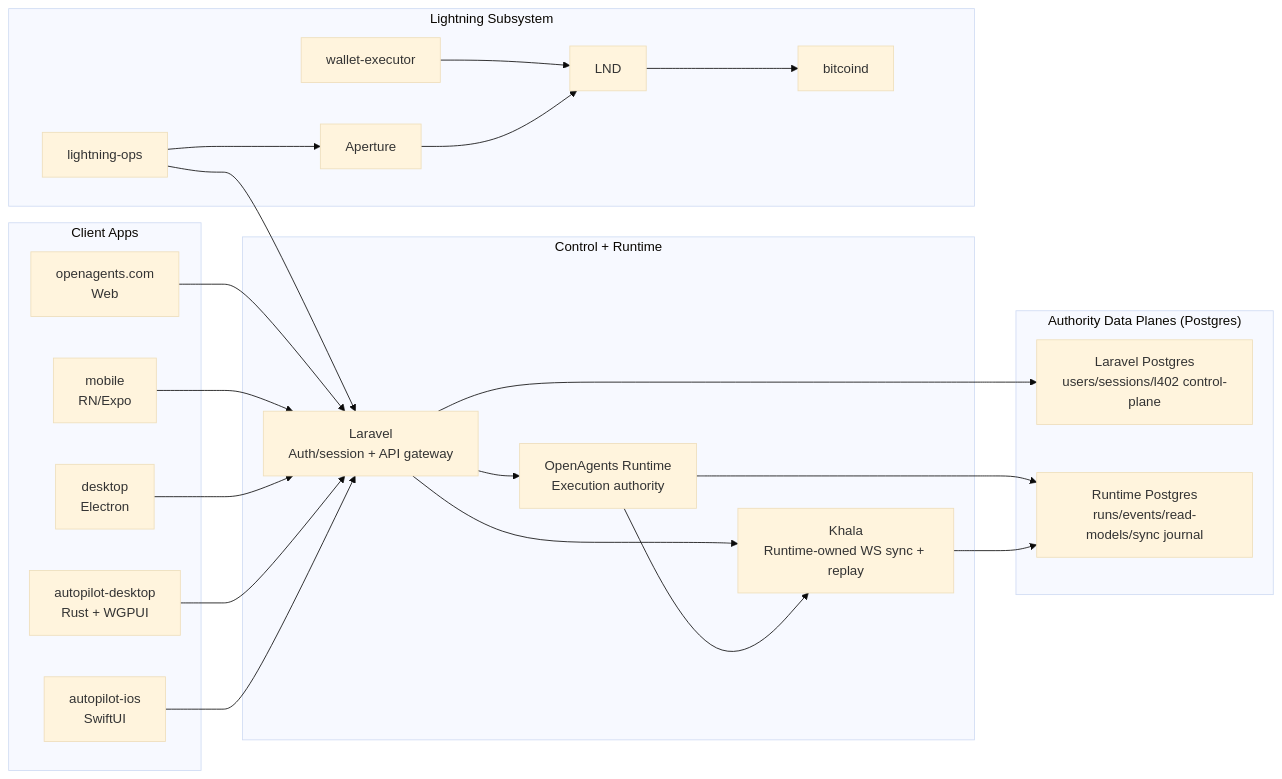
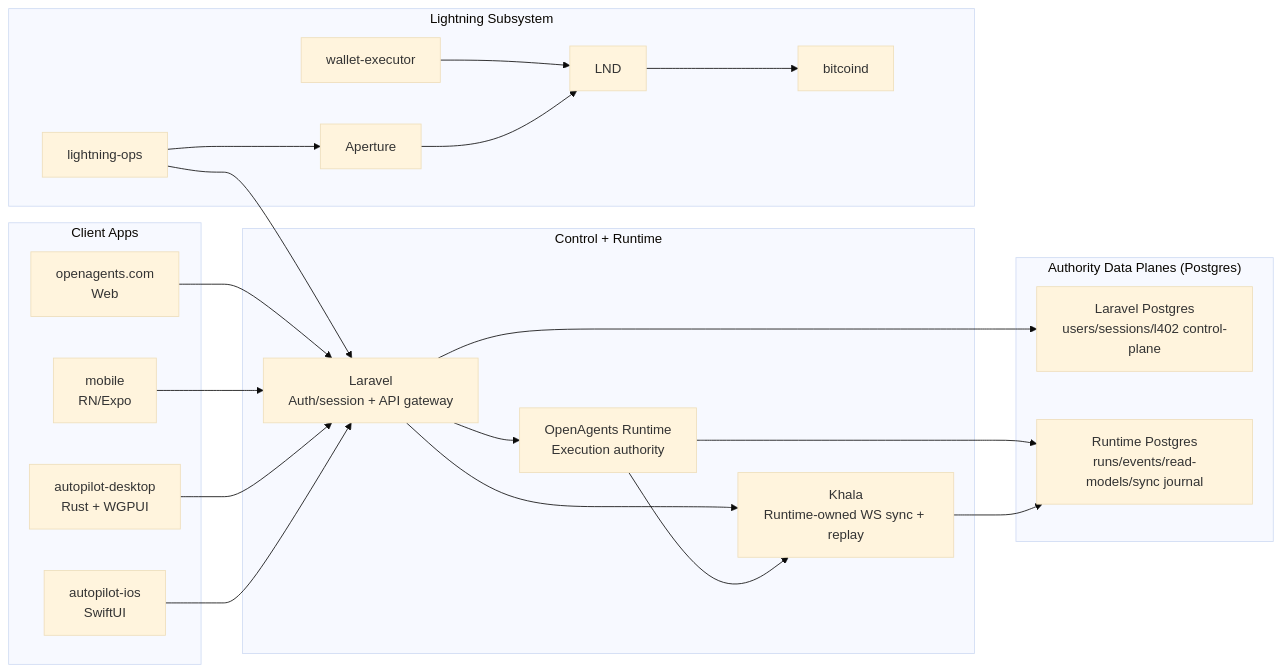
One commit to OpenAgentsInc/openagents changed the diagram in README.md. Above: the diagram before and after it, drawn with Mermaid (base theme). The commit also changed other lines of this file and 92 other files, not shown here.

````diff
--- a/README.md
+++ b/README.md
@@ -23,49 +22,47 @@
 ```mermaid
 flowchart LR
   subgraph clients["Client Apps"]
     web["openagents.com\nWeb"]
     mobile["mobile\nRN/Expo"]
-    desktop["desktop\nElectron"]
     autopilotDesktop["autopilot-desktop\nRust + WGPUI"]
     ios["autopilot-ios\nSwiftUI"]
   end
 
   subgraph control["Control + Runtime"]
     laravel["Laravel\nAuth/session + API gateway"]
     runtime["OpenAgents Runtime\nExecution authority"]
     khala["Khala\nRuntime-owned WS sync + replay"]
   end
 
   subgraph data["Authority Data Planes (Postgres)"]
     laravelDb["Laravel Postgres\nusers/sessions/l402 control-plane"]
     runtimeDb["Runtime Postgres\nruns/events/read-models/sync journal"]
   end
 
   subgraph lightning["Lightning Subsystem"]
     lops["lightning-ops"]
     lwe["wallet-executor"]
     aperture["Aperture"]
     lnd["LND"]
     bitcoind["bitcoind"]
   end
 
   web --> laravel
   mobile --> laravel
-  desktop --> laravel
   autopilotDesktop --> laravel
   ios --> laravel
 
   laravel --> runtime
   laravel --> khala
   runtime --> khala
 
   laravel --> laravelDb
   runtime --> runtimeDb
   khala --> runtimeDb
 
   lops --> laravel
   lops --> aperture
   lwe --> lnd
   aperture --> lnd
   lnd --> bitcoind
 ```
````
